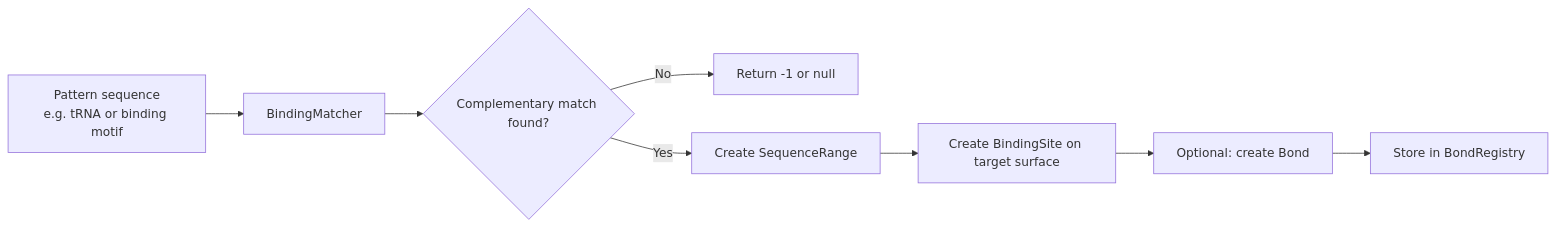
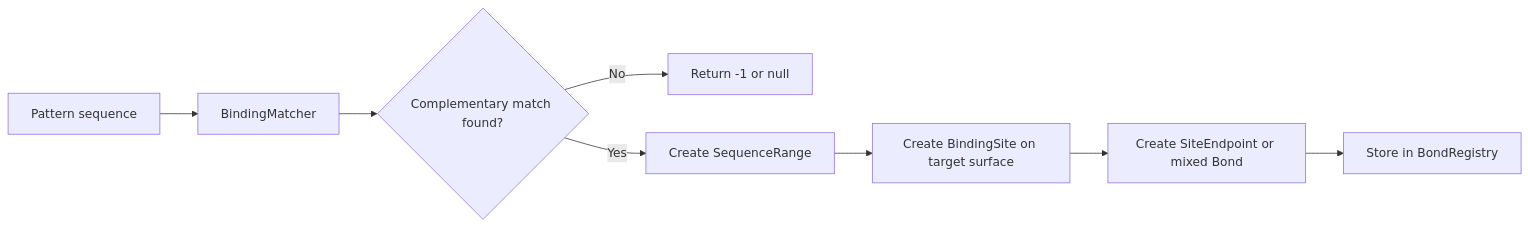
Before and after one commit to skasti/life-sim: the second of 2 diagrams in docs/biology/interactions/bonds.md, drawn with Mermaid. The commit also changed other lines of this file and 5 other files, not shown here.

````diff
--- a/docs/biology/interactions/bonds.md
+++ b/docs/biology/interactions/bonds.md
@@ -246,10 +211,10 @@
 ```mermaid
 flowchart LR
-    A[Pattern sequence<br/>e.g. tRNA or binding motif] --> B[BindingMatcher]
+    A[Pattern sequence] --> B[BindingMatcher]
     B --> C{Complementary match found?}
     C -- No --> D[Return -1 or null]
     C -- Yes --> E[Create SequenceRange]
     E --> F[Create BindingSite on target surface]
-    F --> G[Optional: create Bond]
+    F --> G[Create SiteEndpoint or mixed Bond]
     G --> H[Store in BondRegistry]
 ```
````
